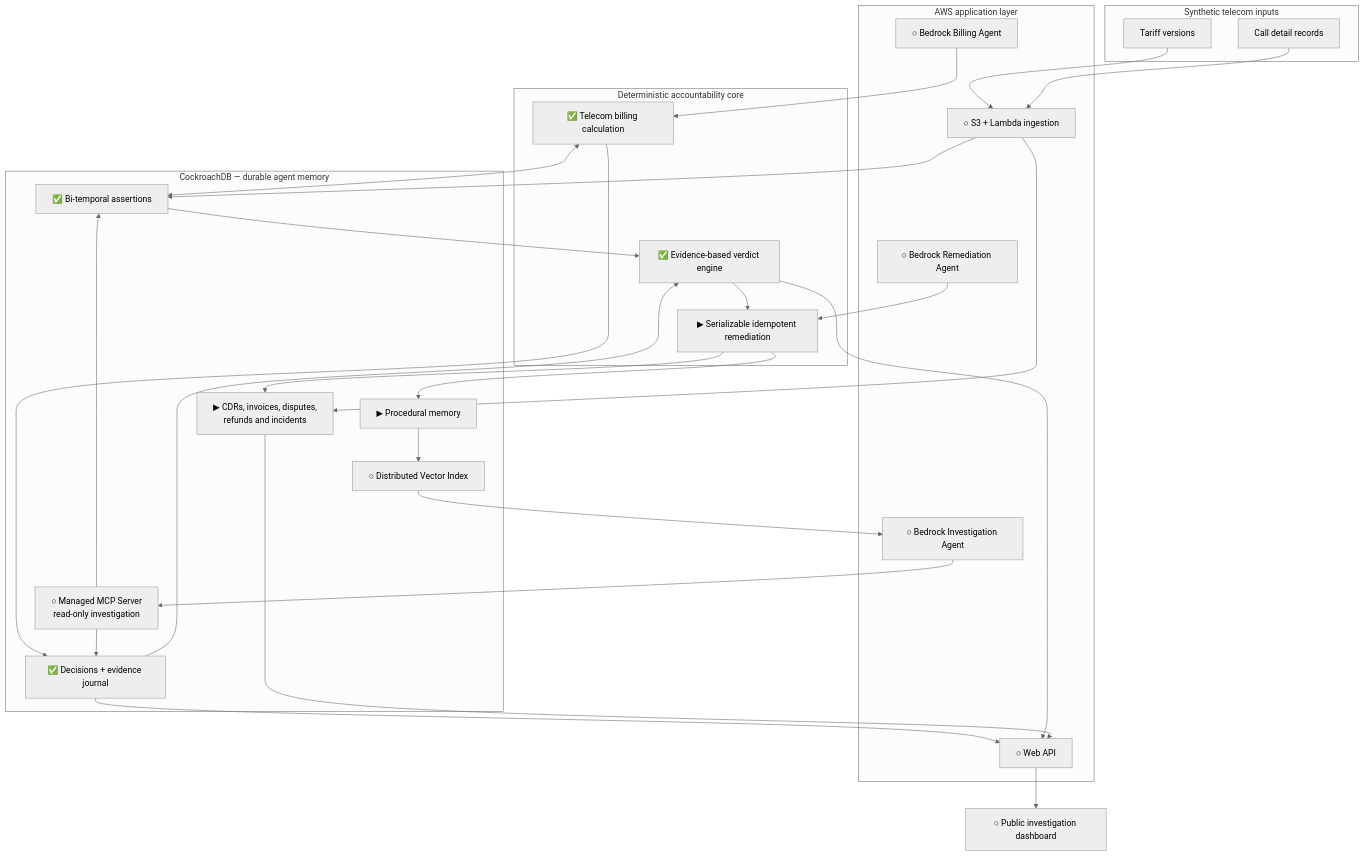
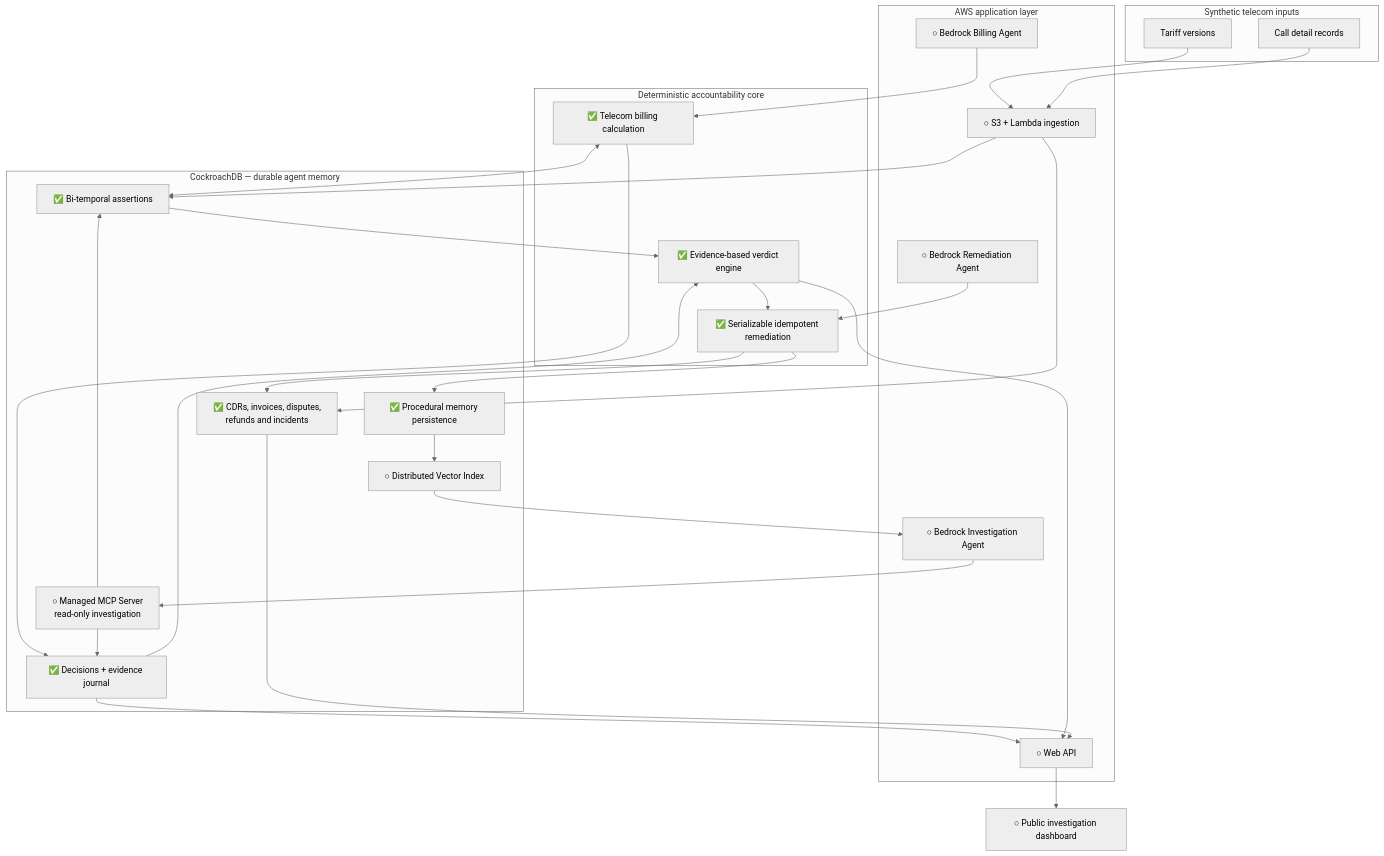
The diagram in README.md (Mounir1200/HindSight), drawn with Mermaid (neutral theme) before and after one commit. The commit also changed other lines of this file and 8 other files, not shown here.

Commit message:
feat: add idempotent telecom remediation workflow

````diff
--- a/README.md
+++ b/README.md
@@ -68,59 +72,59 @@
 ```mermaid
 flowchart TB
     subgraph INPUTS["Synthetic telecom inputs"]
         TARIFFS["Tariff versions"]
         CDRS["Call detail records"]
     end
 
     subgraph AWS["AWS application layer"]
         INGEST["○ S3 + Lambda ingestion"]
         BILLING_AGENT["○ Bedrock Billing Agent"]
         INVESTIGATION_AGENT["○ Bedrock Investigation Agent"]
         REMEDIATION_AGENT["○ Bedrock Remediation Agent"]
         API["○ Web API"]
     end
 
     subgraph CORE["Deterministic accountability core"]
         BILLING["✅ Telecom billing calculation"]
         VERDICT["✅ Evidence-based verdict engine"]
-        REMEDIATION["▶ Serializable idempotent remediation"]
+        REMEDIATION["✅ Serializable idempotent remediation"]
     end
 
     subgraph CRDB["CockroachDB — durable agent memory"]
         ASSERTIONS["✅ Bi-temporal assertions"]
         JOURNAL["✅ Decisions + evidence journal"]
-        OPERATIONS["▶ CDRs, invoices, disputes,<br/>refunds and incidents"]
-        MEMORY["▶ Procedural memory"]
+        OPERATIONS["✅ CDRs, invoices, disputes,<br/>refunds and incidents"]
+        MEMORY["✅ Procedural memory persistence"]
         VECTOR["○ Distributed Vector Index"]
         MCP["○ Managed MCP Server<br/>read-only investigation"]
     end
 
     DASHBOARD["○ Public investigation dashboard"]
 
     TARIFFS --> INGEST
     CDRS --> INGEST
     INGEST --> ASSERTIONS
     INGEST --> OPERATIONS
 
     BILLING_AGENT --> BILLING
     BILLING <--> ASSERTIONS
     BILLING --> JOURNAL
 
     INVESTIGATION_AGENT --> MCP
     MCP --> ASSERTIONS
     MCP --> JOURNAL
     ASSERTIONS --> VERDICT
     JOURNAL --> VERDICT
 
     VERDICT --> REMEDIATION
     REMEDIATION_AGENT --> REMEDIATION
     REMEDIATION --> OPERATIONS
     REMEDIATION --> MEMORY
     MEMORY --> VECTOR
     VECTOR --> INVESTIGATION_AGENT
 
     JOURNAL --> API
     VERDICT --> API
     OPERATIONS --> API
     API --> DASHBOARD
 ```
````
